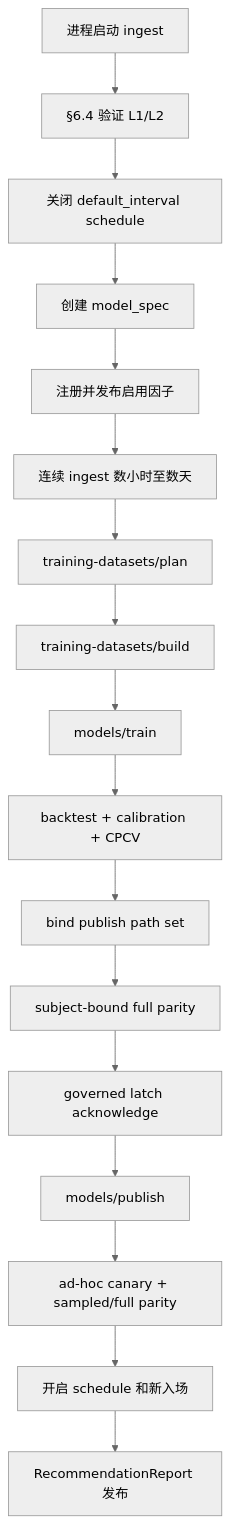
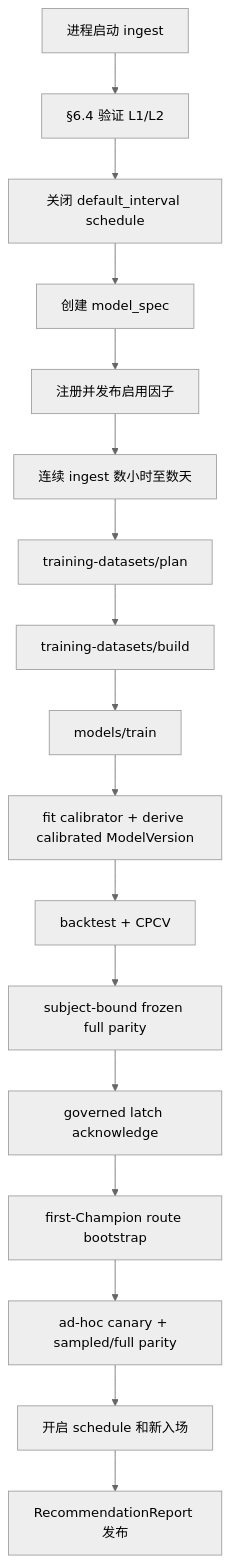
The second of 3 diagrams in docs/operations/runbook.md (solomon-ssy/oxide-arb), drawn with Mermaid (neutral theme) before and after one commit. The commit also changed other lines of this file and 335 other files, not shown here.

Commit message:
feat(core,models,repository,migration,api,research,web,system-tests,docs,ui): ✅ Close Phase 11.9 W5 — truth freeze, durable feedback scheduler, attribution, weather 8-family, and model-route governance

````diff
--- a/docs/operations/runbook.md
+++ b/docs/operations/runbook.md
@@ -803,19 +803,19 @@
 ```mermaid
 flowchart TD
     start[进程启动 ingest] --> verify[§6.4 验证 L1/L2]
     verify --> disable[关闭 default_interval schedule]
     disable --> spec[创建 model_spec]
     spec --> factors[注册并发布启用因子]
     factors --> ingest[连续 ingest 数小时至数天]
     ingest --> plan[training-datasets/plan]
     plan --> build[training-datasets/build]
     build --> train[models/train]
-    train --> validate[backtest + calibration + CPCV]
-    validate --> bind[bind publish path set]
-    bind --> proof[subject-bound full parity]
+    train --> calibrate[fit calibrator + derive calibrated ModelVersion]
+    calibrate --> validate[backtest + CPCV]
+    validate --> proof[subject-bound frozen full parity]
     proof --> ack[governed latch acknowledge]
-    ack --> publish[models/publish]
-    publish --> canary[ad-hoc canary + sampled/full parity]
+    ack --> bootstrap[first-Champion route bootstrap]
+    bootstrap --> canary[ad-hoc canary + sampled/full parity]
     canary --> enable[开启 schedule 和新入场]
     enable --> report[RecommendationReport 发布]
 ```
````
